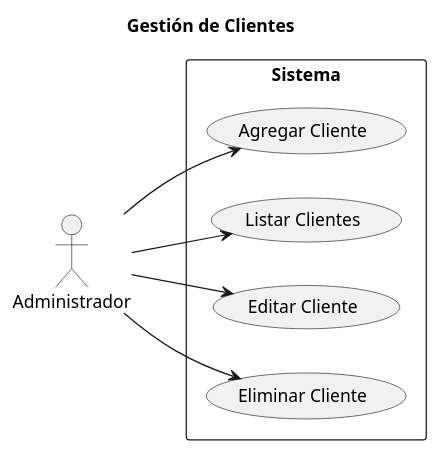
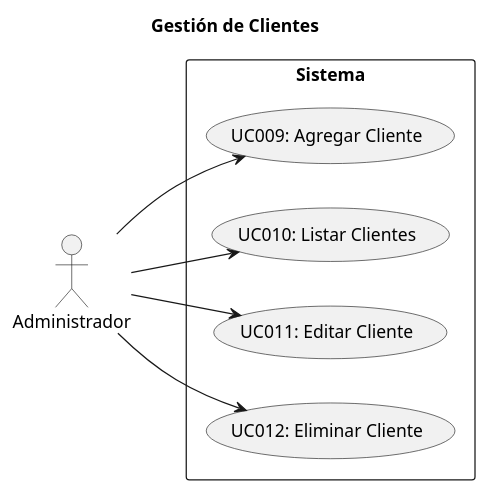
Before and after one commit to JoyaAngel/Proyecto-Sistema-de-Pagos: the diagram in analysis/usecase_diagrams/customer_management.puml, drawn with PlantUML. The commit also changed 1 other file, not shown here.

Commit message:
docs(usecase_diagramas):
Se numeran los casos de uso

```diff
--- a/analysis/usecase_diagrams/customer_management.puml
+++ b/analysis/usecase_diagrams/customer_management.puml
@@ -1,20 +1,20 @@
 @startuml customer_management
 
 left to right direction
 
 title Gestión de Clientes
 
 actor "Administrador" as Admin
 
 rectangle Sistema {
-    usecase "Agregar Cliente" as UC_AddClient
-    usecase "Listar Clientes" as UC_ListClients
-    usecase "Editar Cliente" as UC_EditClient
-    usecase "Eliminar Cliente" as UC_DeleteClient
+    usecase "UC009: Agregar Cliente" as UC_AddClient
+    usecase "UC010: Listar Clientes" as UC_ListClients
+    usecase "UC011: Editar Cliente" as UC_EditClient
+    usecase "UC012: Eliminar Cliente" as UC_DeleteClient
 }
 
 Admin --> UC_AddClient
 Admin --> UC_ListClients
 Admin --> UC_EditClient
 Admin --> UC_DeleteClient
 @enduml
```
